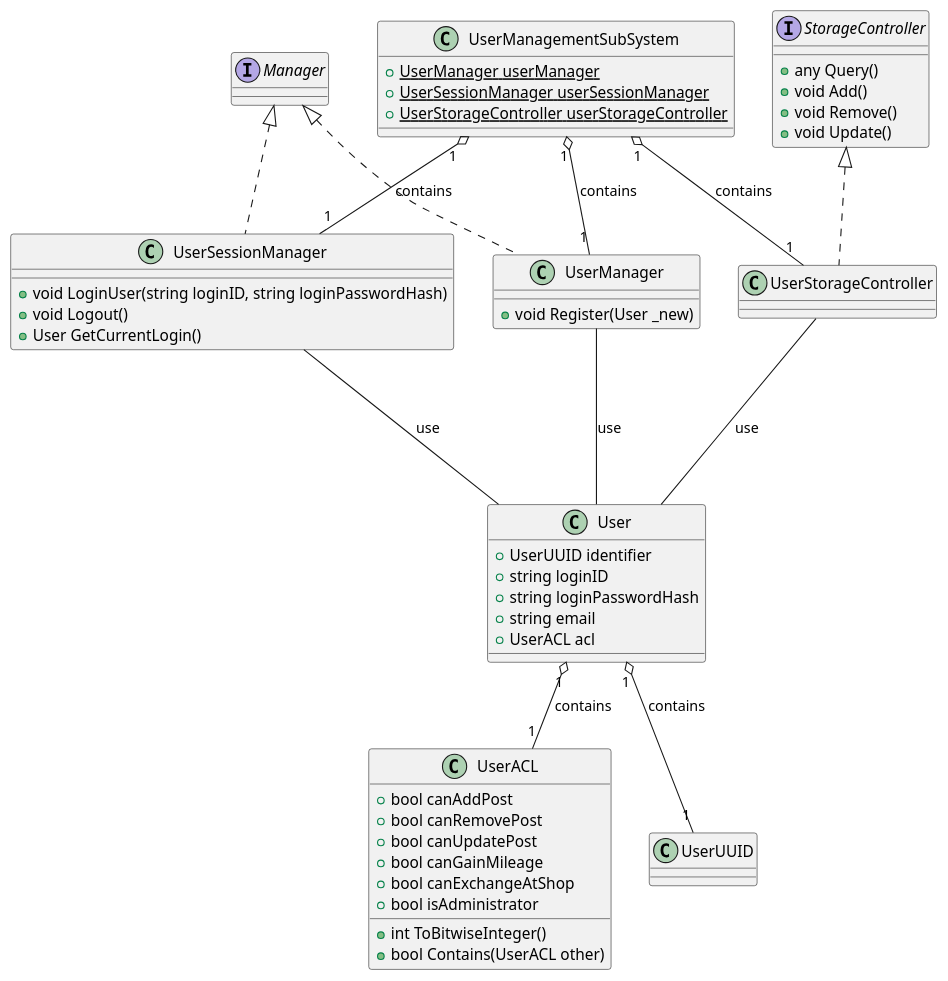
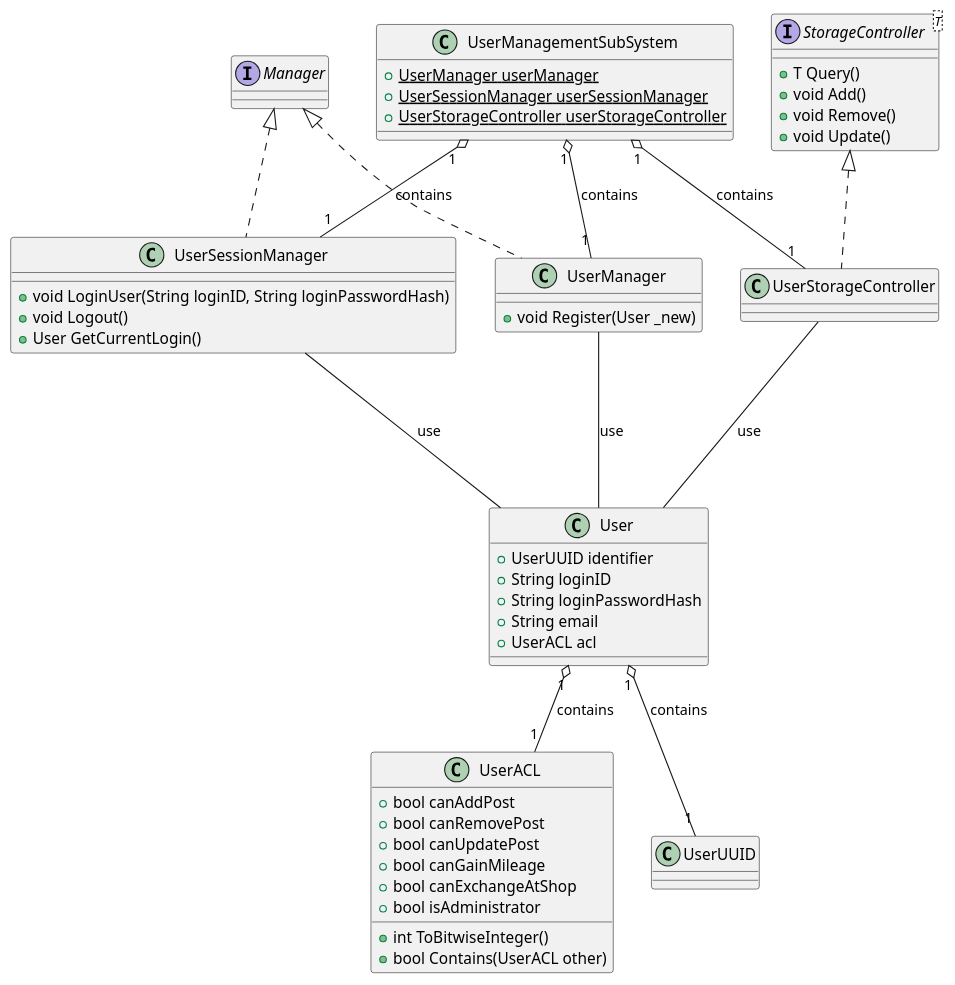
The diagram in src/UserManagement.puml (ShapeLayer/se-lecture-task__project-structure-definitions), drawn with PlantUML before and after one commit. The commit also changed 19 other files, not shown here.

```diff
--- a/src/UserManagement.puml
+++ b/src/UserManagement.puml
@@ -1,58 +1,58 @@
 @startuml
 Interface Manager
-Interface StorageController {
-    + any Query()
+Interface StorageController<T> {
+    + T Query()
     + void Add()
     + void Remove()
     + void Update()
 }
 
 class UserACL {
     + bool canAddPost
     + bool canRemovePost
     + bool canUpdatePost
     + bool canGainMileage
     + bool canExchangeAtShop
     + bool isAdministrator
     + int ToBitwiseInteger()
     + bool Contains(UserACL other)
 }
 
 class User {
     + UserUUID identifier
-    + string loginID
-    + string loginPasswordHash
-    + string email
+    + String loginID
+    + String loginPasswordHash
+    + String email
     + UserACL acl
 }
 
 class UserManager implements Manager {
     + void Register(User _new)
 }
 UserManager --- User : use
 
 class UserSessionManager implements Manager {
-    + void LoginUser(string loginID, string loginPasswordHash)
+    + void LoginUser(String loginID, String loginPasswordHash)
     + void Logout()
     + User GetCurrentLogin()
 }
 UserSessionManager --- User : use
 
 class UserStorageController implements StorageController {}
 UserStorageController --- User : use
 
 User "1" o-- "1" UserUUID : contains
 User "1" o-- "1" UserACL : contains
 
 ' User Management SubSystem
 
 class UserManagementSubSystem {
     + {static} UserManager userManager
     + {static} UserSessionManager userSessionManager
     + {static} UserStorageController userStorageController
 }
 
 UserManagementSubSystem "1" o-- "1" UserManager : contains
 UserManagementSubSystem "1" o-- "1" UserSessionManager : contains
 UserManagementSubSystem "1" o-- "1" UserStorageController : contains
 @enduml
```
